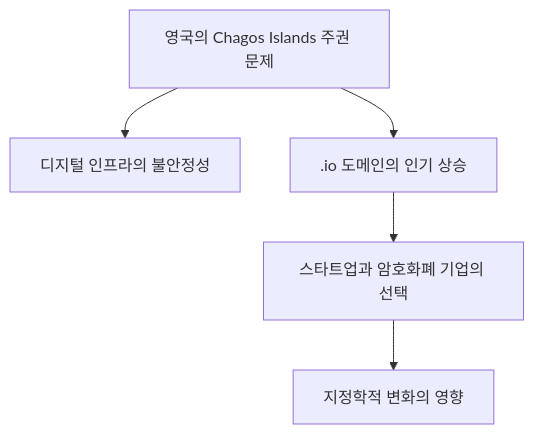
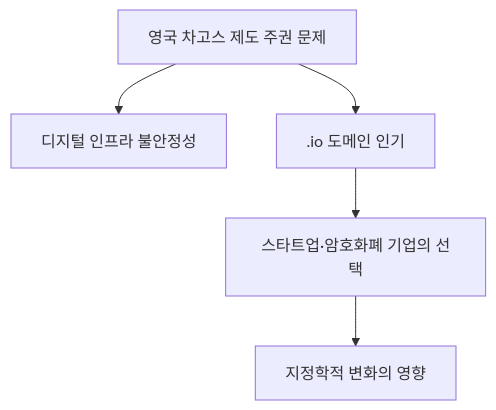
One commit to 42jerrykim/42jerrykim.github.io changed the second of 12 diagrams in content/post/2024/2024-10-17-internet-io-domain/index.md. Above: the diagram before and after it, drawn with Mermaid. The commit also changed other lines of this file and 239 other files, not shown here.

````diff
--- a/content/post/2024/2024-10-17-internet-io-domain/index.md
+++ b/content/post/2024/2024-10-17-internet-io-domain/index.md
@@ -170,7 +145,12 @@
 ```mermaid
-graph TD;
-    A[영국의 Chagos Islands 주권 문제] --> B[디지털 인프라의 불안정성]
-    A --> C[.io 도메인의 인기 상승]
-    C --> D[스타트업과 암호화폐 기업의 선택]
-    D --> E[지정학적 변화의 영향]
+graph TD
+  ChagosSovereignty["영국 차고스 제도 주권 문제"]
+  InfraUnstable["디지털 인프라 불안정성"]
+  IoPopular[".io 도메인 인기"]
+  StartupChoice["스타트업·암호화폐 기업의 선택"]
+  GeoImpact["지정학적 변화의 영향"]
+  ChagosSovereignty --> InfraUnstable
+  ChagosSovereignty --> IoPopular
+  IoPopular --> StartupChoice
+  StartupChoice --> GeoImpact
 ```
````
